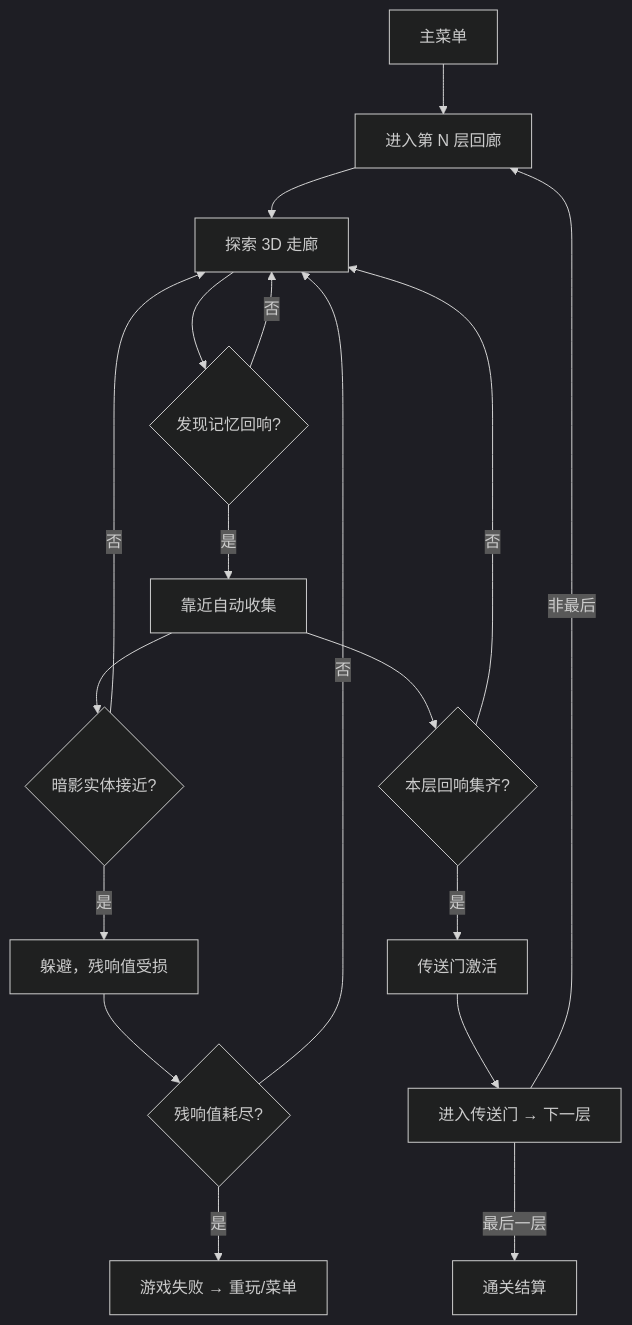
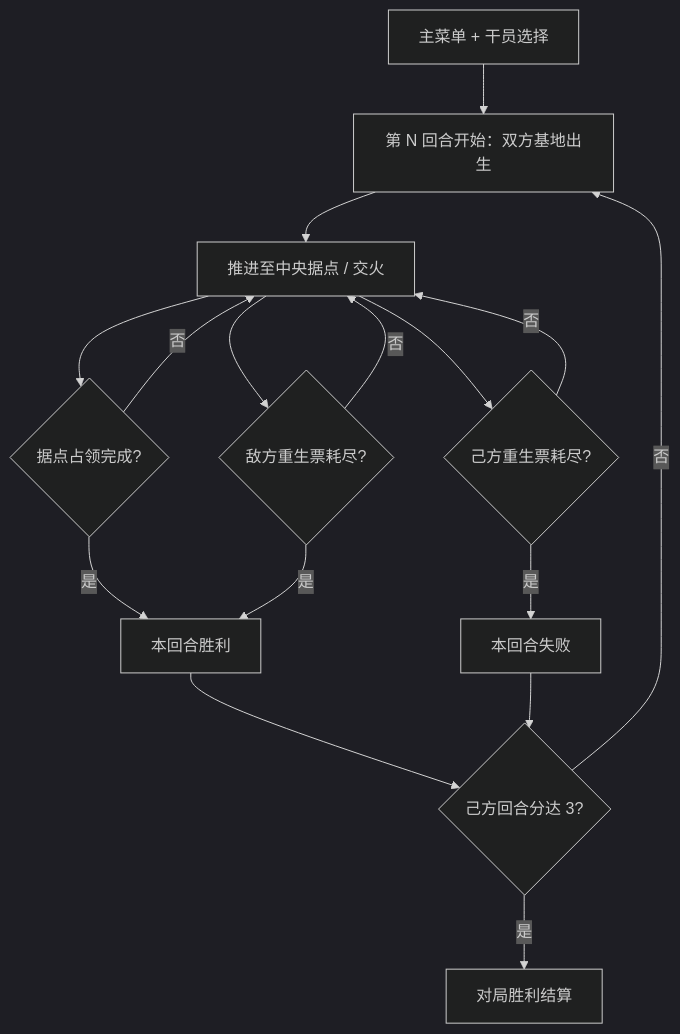
The diagram in .trae/documents/PRD.md (woshiabc55/AE), drawn with Mermaid (dark theme) before and after one commit. The commit also changed other lines of this file and 26 other files, not shown here.

````diff
--- a/.trae/documents/PRD.md
+++ b/.trae/documents/PRD.md
@@ -38,20 +41,18 @@
 ```mermaid
 flowchart TD
-    A["主菜单"] --> B["进入第 N 层回廊"]
-    B --> C["探索 3D 走廊"]
-    C --> D{"发现记忆回响?"}
-    D -->|"是"| E["靠近自动收集"]
+    A["主菜单 + 干员选择"] --> B["第 N 回合开始：双方基地出生"]
+    B --> C["推进至中央据点 / 交火"]
+    C --> D{"据点占领完成?"}
+    D -->|"是"| E["本回合胜利"]
+    C --> F{"敌方重生票耗尽?"}
+    F -->|"是"| E
+    C --> G{"己方重生票耗尽?"}
+    G -->|"是"| H["本回合失败"]
     D -->|"否"| C
-    E --> F{"暗影实体接近?"}
-    F -->|"是"| G["躲避，残响值受损"]
     F -->|"否"| C
-    G --> H{"残响值耗尽?"}
-    H -->|"是"| I["游戏失败 → 重玩/菜单"]
-    H -->|"否"| C
-    E --> J{"本层回响集齐?"}
-    J -->|"是"| K["传送门激活"]
-    J -->|"否"| C
-    K --> L["进入传送门 → 下一层"]
-    L -->|"最后一层"| M["通关结算"]
-    L -->|"非最后"| B
+    G -->|"否"| C
+    E --> I{"己方回合分达 3?"}
+    H --> I
+    I -->|"是"| J["对局胜利结算"]
+    I -->|"否"| B
 ```
````
